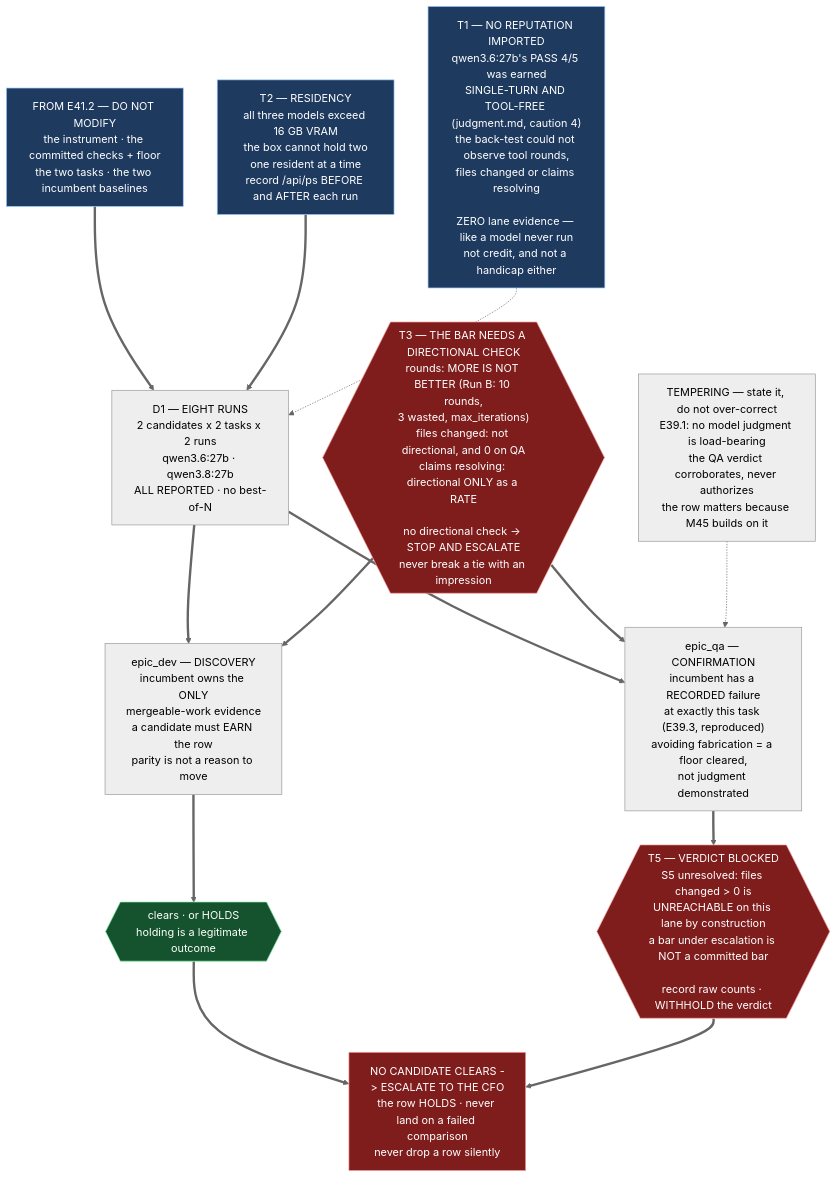
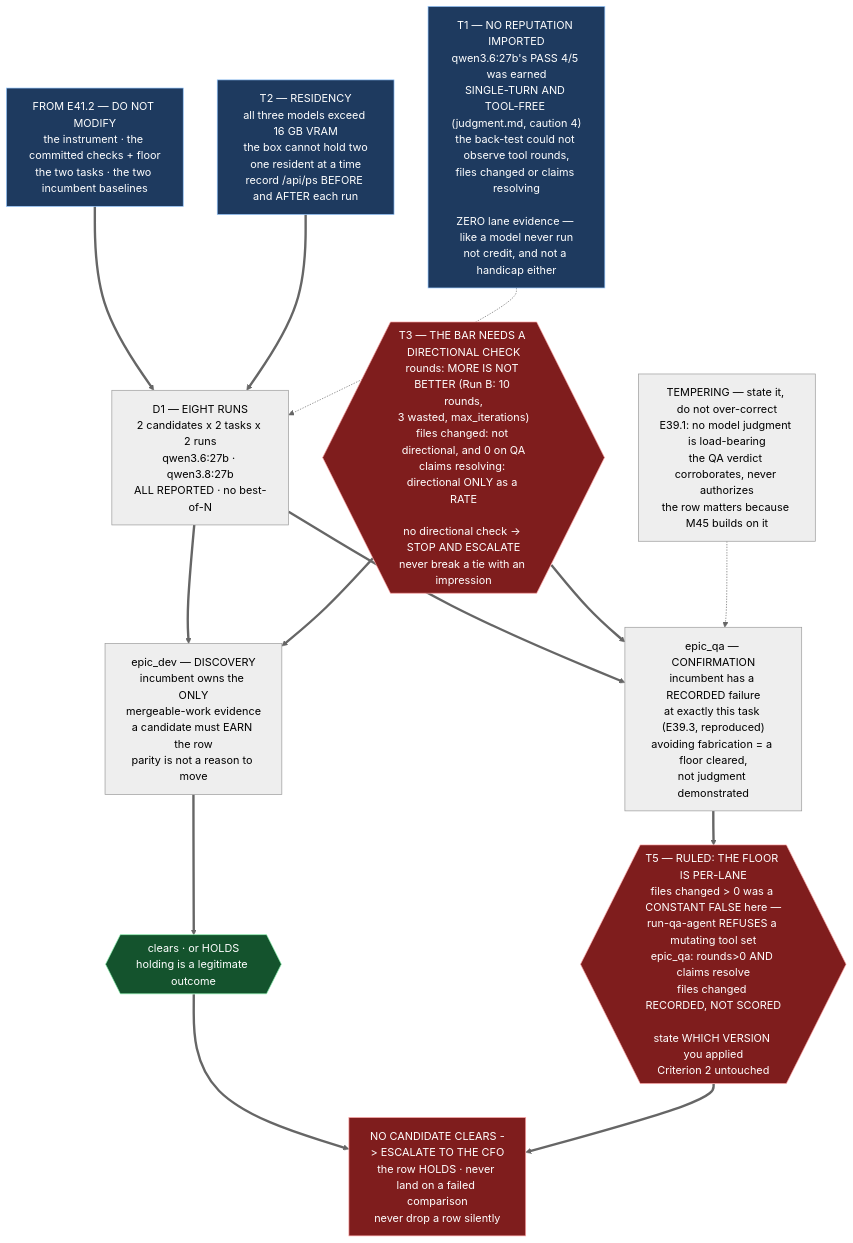
Before and after one commit to panchew/ai-project-system: the diagram in docs/phases/P12__Completion_Fail_Closed_Defaults_and_the_Drivr_MVP/P12-M41-E41.3__spec__lane-candidates-against-the-baseline.md, drawn with Mermaid (neutral theme). The commit also changed other lines of this file and 6 other files, not shown here.

````diff
--- a/docs/phases/P12__Completion_Fail_Closed_Defaults_and_the_Drivr_MVP/P12-M41-E41.3__spec__lane-candidates-against-the-baseline.md
+++ b/docs/phases/P12__Completion_Fail_Closed_Defaults_and_the_Drivr_MVP/P12-M41-E41.3__spec__lane-candidates-against-the-baseline.md
@@ -431,35 +449,35 @@
 ```mermaid
 flowchart TB
   IN["FROM E41.2 — DO NOT MODIFY<br/>the instrument · the committed checks + floor<br/>the two tasks · the two incumbent baselines"]
 
   IN ==> RUNS["D1 — EIGHT RUNS<br/>2 candidates x 2 tasks x 2 runs<br/>qwen3.6:27b · qwen3.8:27b<br/>ALL REPORTED · no best-of-N"]
 
   T2["T2 — RESIDENCY<br/>all three models exceed 16 GB VRAM<br/>the box cannot hold two<br/>one resident at a time<br/>record /api/ps BEFORE and AFTER each run"]
   T2 ==> RUNS
 
   RUNS ==> DEV["epic_dev — DISCOVERY<br/>incumbent owns the ONLY<br/>mergeable-work evidence<br/>a candidate must EARN the row<br/>parity is not a reason to move"]
   RUNS ==> QA["epic_qa — CONFIRMATION<br/>incumbent has a RECORDED failure<br/>at exactly this task (E39.3, reproduced)<br/>avoiding fabrication = a floor cleared,<br/>not judgment demonstrated"]
 
   T3{{"T3 — THE BAR NEEDS A DIRECTIONAL CHECK<br/>rounds: MORE IS NOT BETTER (Run B: 10 rounds,<br/>3 wasted, max_iterations)<br/>files changed: not directional, and 0 on QA<br/>claims resolving: directional ONLY as a RATE<br/><br/>no directional check -> STOP AND ESCALATE<br/>never break a tie with an impression"}}
   T3 ==> DEV
   T3 ==> QA
 
   T1["T1 — NO REPUTATION IMPORTED<br/>qwen3.6:27b's PASS 4/5 was earned<br/>SINGLE-TURN AND TOOL-FREE (judgment.md, caution 4)<br/>the back-test could not observe tool rounds,<br/>files changed or claims resolving<br/><br/>ZERO lane evidence — like a model never run<br/>not credit, and not a handicap either"]
   T1 -.-> RUNS
 
   DEV ==> DOUT{{"clears · or HOLDS<br/>holding is a legitimate outcome"}}
-  QA ==> T5{{"T5 — VERDICT BLOCKED<br/>S5 unresolved: files changed > 0 is<br/>UNREACHABLE on this lane by construction<br/>a bar under escalation is NOT a committed bar<br/><br/>record raw counts · WITHHOLD the verdict"}}
+  QA ==> T5{{"T5 — RULED: THE FLOOR IS PER-LANE<br/>files changed > 0 was a CONSTANT FALSE here —<br/>run-qa-agent REFUSES a mutating tool set<br/>epic_qa: rounds>0 AND claims resolve<br/>files changed RECORDED, NOT SCORED<br/><br/>state WHICH VERSION you applied<br/>Criterion 2 untouched"}}
 
   DOUT ==> ESC["NO CANDIDATE CLEARS -> ESCALATE TO THE CFO<br/>the row HOLDS · never land on a failed comparison<br/>never drop a row silently"]
   T5 ==> ESC
 
   TEMPER["TEMPERING — state it, do not over-correct<br/>E39.1: no model judgment is load-bearing<br/>the QA verdict corroborates, never authorizes<br/>the row matters because M45 builds on it"]
   TEMPER -.-> QA
 
   classDef gate fill:#7f1d1d,stroke:#fca5a5,color:#fff
   classDef hard fill:#1e3a5f,stroke:#93c5fd,color:#fff
   classDef ok fill:#14532d,stroke:#86efac,color:#fff
   class T3,T5,ESC gate
   class T1,T2,IN hard
   class DOUT ok
 ```
````
